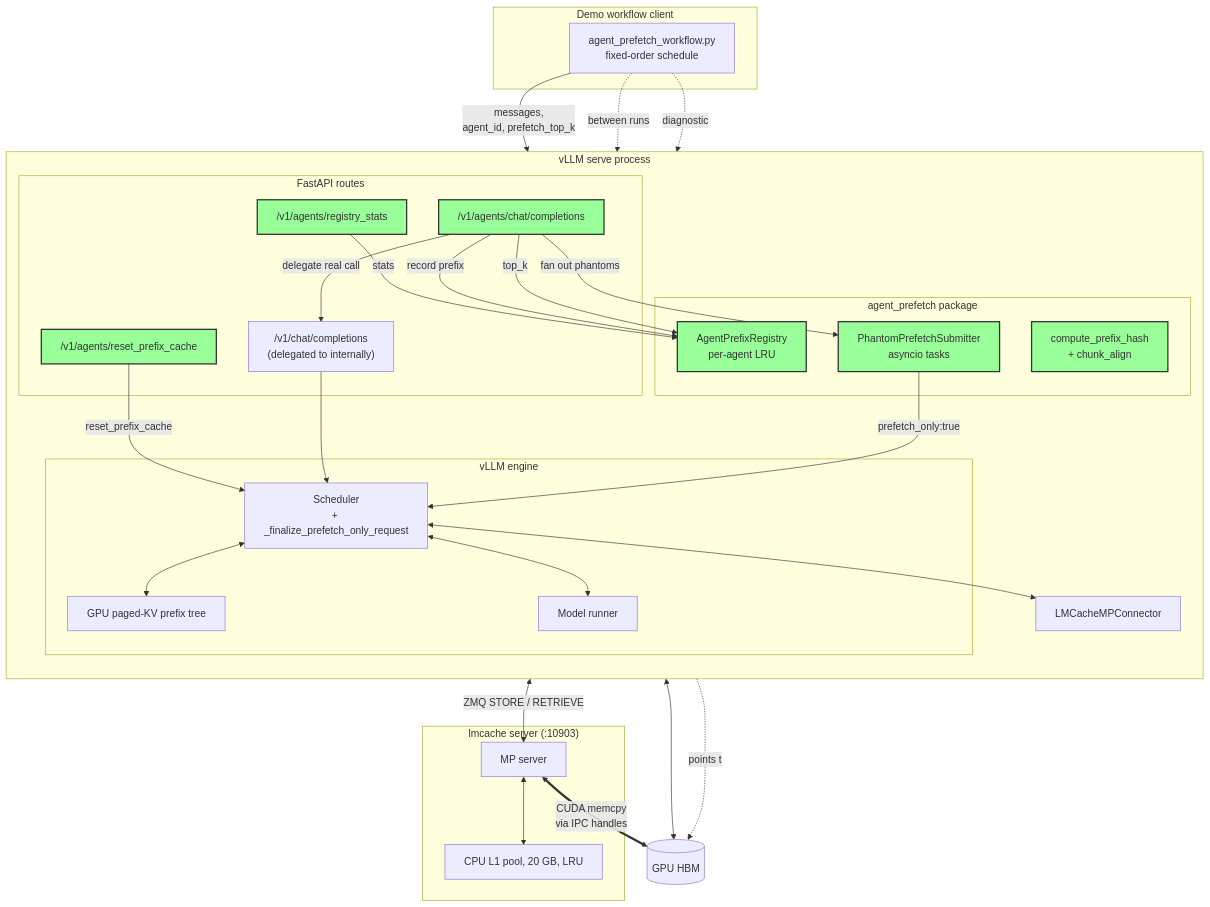
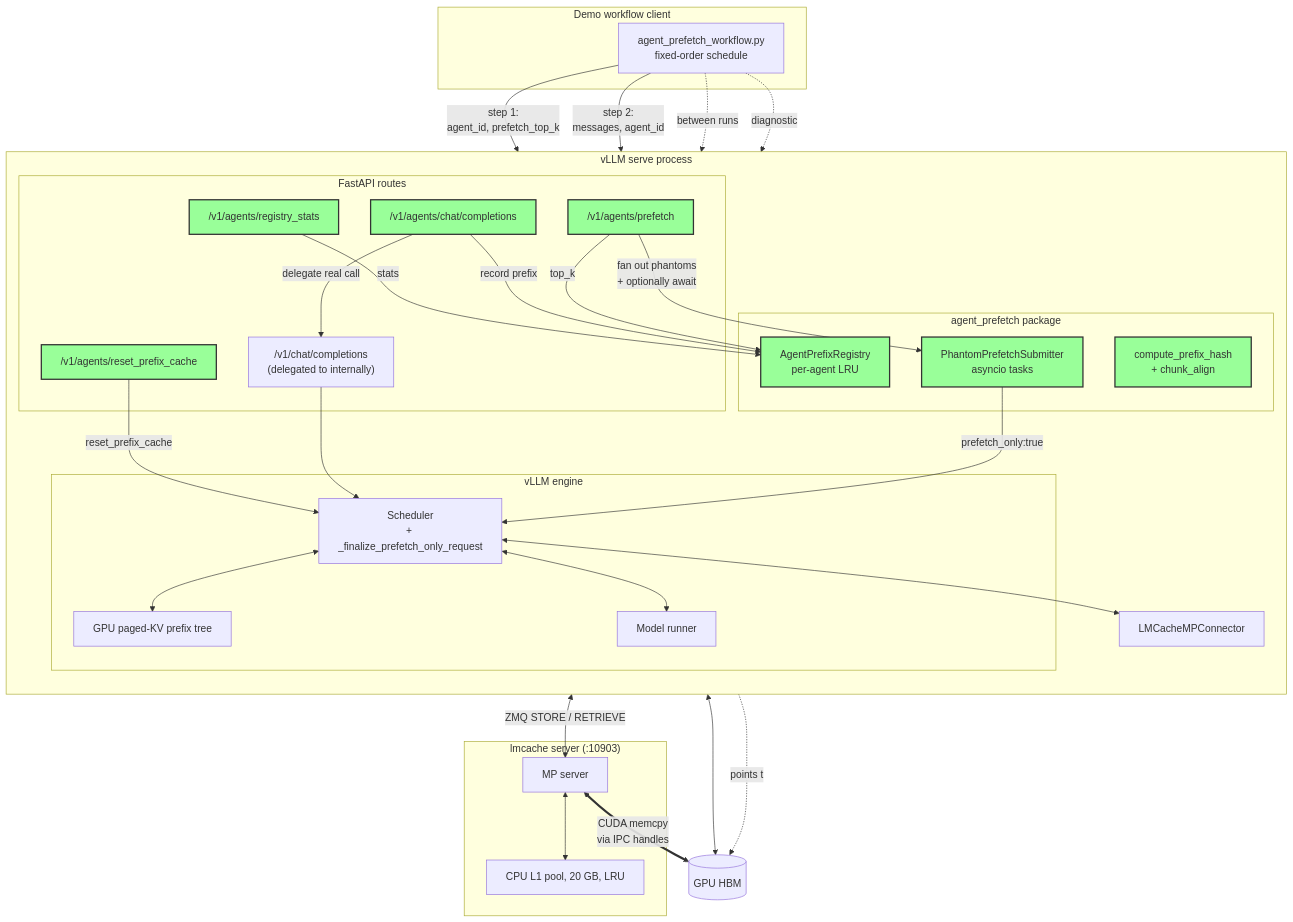
The first of 3 diagrams in plan/architecture.md (HAVibhavSharma/vllm), drawn with Mermaid before and after one commit. The commit also changed other lines of this file and 5 other files, not shown here.

````diff
--- a/plan/architecture.md
+++ b/plan/architecture.md
@@ -92,64 +106,66 @@
 ```mermaid
 graph TB
     subgraph Client["Demo workflow client"]
         DEMO[agent_prefetch_workflow.py<br/>fixed-order schedule]
     end
 
     subgraph VLLM["vLLM serve process"]
         direction TB
 
         subgraph HTTP["FastAPI routes"]
+            EP_PREF["/v1/agents/prefetch"]
             EP_AGENT["/v1/agents/chat/completions"]
             EP_RESET["/v1/agents/reset_prefix_cache"]
             EP_STATS["/v1/agents/registry_stats"]
             EP_CHAT["/v1/chat/completions<br/>(delegated to internally)"]
         end
 
         subgraph Pkg["agent_prefetch package"]
             REG[AgentPrefixRegistry<br/>per-agent LRU]
             SUB[PhantomPrefetchSubmitter<br/>asyncio tasks]
             HASH[compute_prefix_hash<br/>+ chunk_align]
         end
 
         subgraph Engine["vLLM engine"]
             SCHED[Scheduler<br/>+ _finalize_prefetch_only_request]
             APC[GPU paged-KV prefix tree]
             MR[Model runner]
         end
 
         CONN[LMCacheMPConnector]
     end
 
     subgraph LMC["lmcache server (:10903)"]
         SERVER[MP server]
         L1[CPU L1 pool, 20 GB, LRU]
     end
 
     GPU[(GPU HBM)]
 
-    DEMO -->|messages,<br/>agent_id, prefetch_top_k| EP_AGENT
+    DEMO -->|step 1:<br/>agent_id, prefetch_top_k| EP_PREF
+    DEMO -->|step 2:<br/>messages, agent_id| EP_AGENT
     DEMO -.->|between runs| EP_RESET
     DEMO -.->|diagnostic| EP_STATS
 
-    EP_AGENT -->|top_k| REG
-    EP_AGENT -->|fan out phantoms| SUB
+    EP_PREF -->|top_k| REG
+    EP_PREF -->|fan out phantoms<br/>+ optionally await| SUB
     EP_AGENT -->|delegate real call| EP_CHAT
     EP_AGENT -->|record prefix| REG
     SUB -->|prefetch_only:true| SCHED
     EP_CHAT --> SCHED
 
     SCHED <--> CONN
     SCHED <--> APC
     SCHED <--> MR
     MR <--> GPU
     APC -.points to.-> GPU
     CONN <-->|ZMQ STORE / RETRIEVE| SERVER
     SERVER <--> L1
     SERVER <==>|CUDA memcpy<br/>via IPC handles| GPU
 
     EP_RESET -->|reset_prefix_cache| SCHED
     EP_STATS -->|stats| REG
 
     classDef new fill:#9f9,stroke:#333,stroke-width:2px
-    class EP_AGENT,EP_RESET,EP_STATS,REG,SUB,HASH new
+    class EP_PREF,EP_AGENT,EP_RESET,EP_STATS,REG,SUB,HASH new
 ```
````
